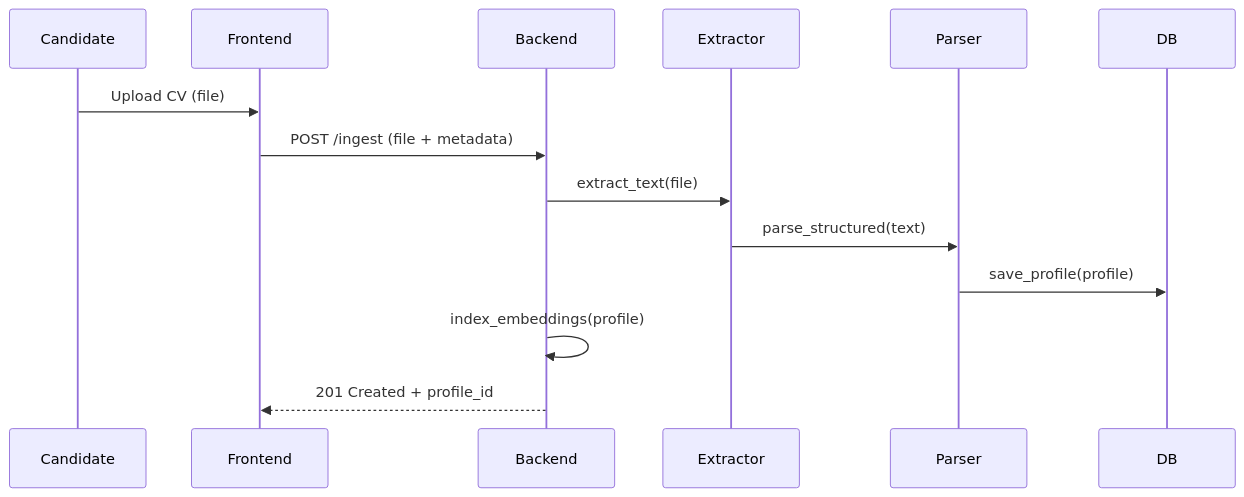
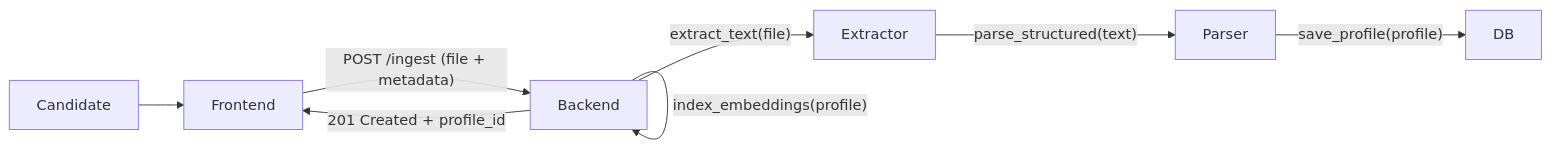
One commit to Benin-Digital/AI-reel-time changed the first of 4 diagrams in RAPPORT_D_AVANCEMENT.md. Above: the diagram before and after it, drawn with Mermaid. The commit also changed other lines of this file, not shown here.

Commit message:
Update: RAPPORT_D_AVANCEMENT.md (add diagrams & stories)

````diff
--- a/RAPPORT_D_AVANCEMENT.md
+++ b/RAPPORT_D_AVANCEMENT.md
@@ -128,16 +128,10 @@
 ```mermaid
-sequenceDiagram
-  participant Candidate
-  participant Frontend
-  participant Backend
-  participant Extractor
-  participant Parser
-  participant DB
-  Candidate->>Frontend: Upload CV (file)
-  Frontend->>Backend: POST /ingest (file + metadata)
-  Backend->>Extractor: extract_text(file)
-  Extractor->>Parser: parse_structured(text)
-  Parser->>DB: save_profile(profile)
-  Backend->>Backend: index_embeddings(profile)
-  Backend-->>Frontend: 201 Created + profile_id
+flowchart LR
+  CAND["Candidate"] --> FE["Frontend"]
+  FE -->|"POST /ingest (file + metadata)"| BE["Backend"]
+  BE -->|"extract_text(file)"| EXT["Extractor"]
+  EXT -->|"parse_structured(text)"| PAR["Parser"]
+  PAR -->|"save_profile(profile)"| DB1["DB"]
+  BE -->|"index_embeddings(profile)"| BE
+  BE -->|"201 Created + profile_id"| FE
 ```
````
